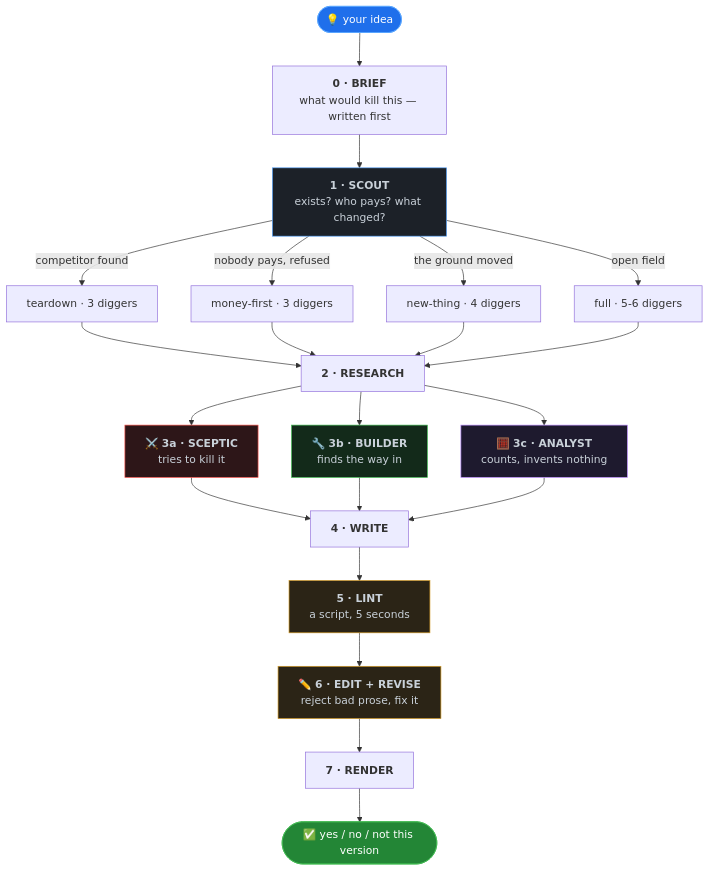
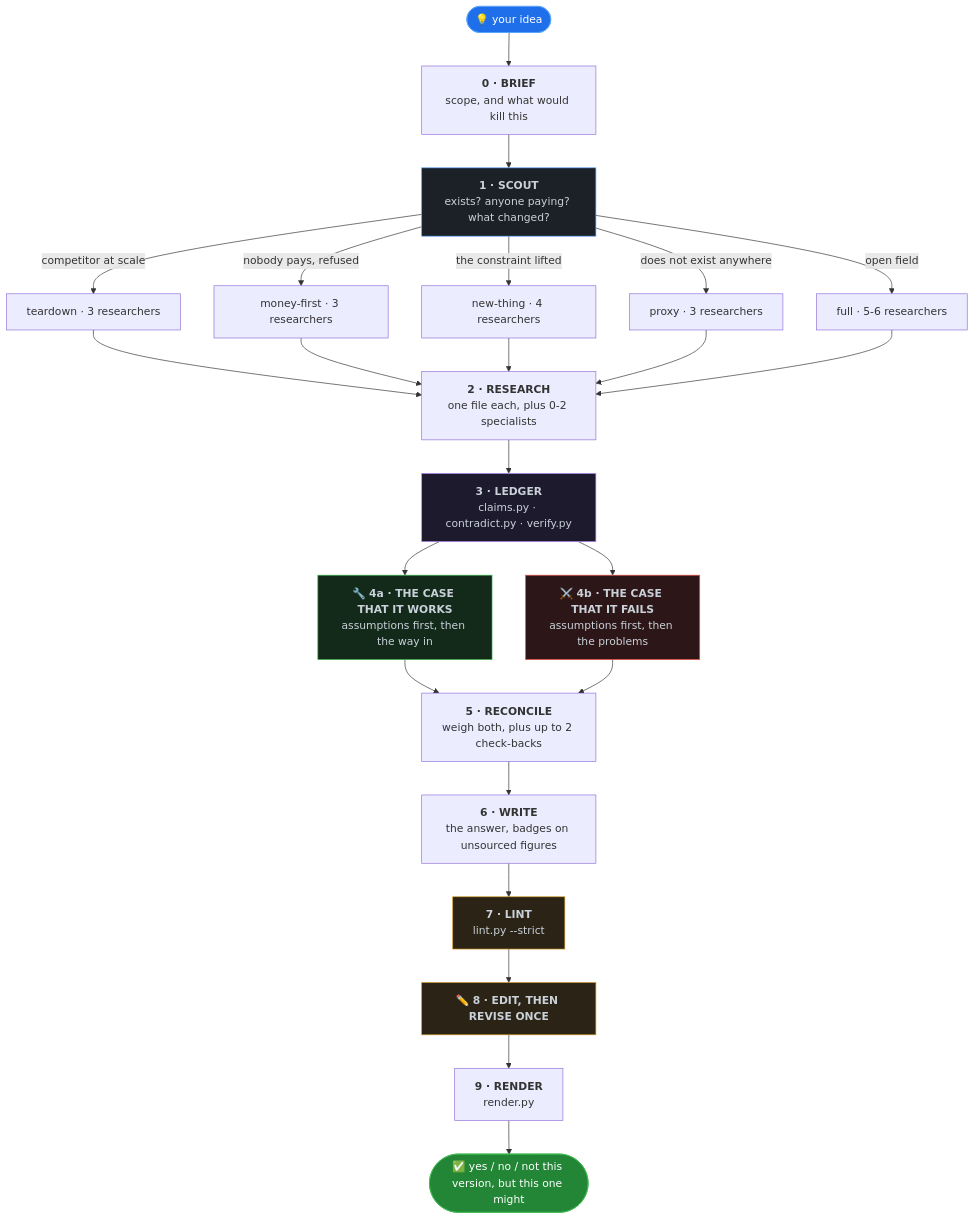
Before and after one commit to rishabhrawat35/idea-research: the diagram in README.md, drawn with Mermaid. The commit also changed other lines of this file and 15 other files, not shown here.

````diff
--- a/README.md
+++ b/README.md
@@ -71,32 +103,34 @@
 ```mermaid
 flowchart TD
-    A([💡 your idea]) --> B["<b>0 · BRIEF</b><br/>what would kill this — written first"]
-    B --> C["<b>1 · SCOUT</b><br/>exists? who pays? what changed?"]
-    C -->|competitor found| D1[teardown · 3 diggers]
-    C -->|nobody pays, refused| D2[money-first · 3 diggers]
-    C -->|the ground moved| D3[new-thing · 4 diggers]
-    C -->|open field| D4[full · 5-6 diggers]
-    D1 --> E[<b>2 · RESEARCH</b>]
+    A([💡 your idea]) --> B["<b>0 · BRIEF</b><br/>scope, and what would kill this"]
+    B --> C["<b>1 · SCOUT</b><br/>exists? anyone paying? what changed?"]
+    C -->|competitor at scale| D1[teardown · 3 researchers]
+    C -->|nobody pays, refused| D2[money-first · 3 researchers]
+    C -->|the constraint lifted| D3[new-thing · 4 researchers]
+    C -->|does not exist anywhere| D4[proxy · 3 researchers]
+    C -->|open field| D5[full · 5-6 researchers]
+    D1 --> E["<b>2 · RESEARCH</b><br/>one file each, plus 0-2 specialists"]
     D2 --> E
     D3 --> E
     D4 --> E
-    E --> F1["⚔️ <b>3a · SCEPTIC</b><br/>tries to kill it"]
-    E --> F2["🔧 <b>3b · BUILDER</b><br/>finds the way in"]
-    E --> F3["🧮 <b>3c · ANALYST</b><br/>counts, invents nothing"]
-    F1 --> G["<b>4 · WRITE</b>"]
-    F2 --> G
-    F3 --> G
-    G --> H["<b>5 · LINT</b><br/>a script, 5 seconds"]
-    H --> I["✏️ <b>6 · EDIT + REVISE</b><br/>reject bad prose, fix it"]
-    I --> J["<b>7 · RENDER</b>"]
-    J --> K([✅ yes / no / not this version])
+    D5 --> E
+    E --> L["<b>3 · LEDGER</b><br/>claims.py · contradict.py · verify.py"]
+    L --> F1["🔧 <b>4a · THE CASE THAT IT WORKS</b><br/>assumptions first, then the way in"]
+    L --> F2["⚔️ <b>4b · THE CASE THAT IT FAILS</b><br/>assumptions first, then the problems"]
+    F1 --> R["<b>5 · RECONCILE</b><br/>weigh both, plus up to 2 check-backs"]
+    F2 --> R
+    R --> W["<b>6 · WRITE</b><br/>the answer, badges on unsourced figures"]
+    W --> LT["<b>7 · LINT</b><br/>lint.py --strict"]
+    LT --> ED["✏️ <b>8 · EDIT, THEN REVISE ONCE</b>"]
+    ED --> RD["<b>9 · RENDER</b><br/>render.py"]
+    RD --> K([✅ yes / no / not this version, but this one might])
 
     style A fill:#1f6feb,stroke:#58a6ff,color:#fff
     style K fill:#238636,stroke:#3fb950,color:#fff
     style C fill:#1c2128,stroke:#58a6ff,color:#c9d1d9
-    style F1 fill:#2d1618,stroke:#f85149,color:#c9d1d9
-    style F2 fill:#132a1a,stroke:#3fb950,color:#c9d1d9
-    style F3 fill:#1e1a2e,stroke:#bc8cff,color:#c9d1d9
-    style H fill:#2b2416,stroke:#d29922,color:#c9d1d9
-    style I fill:#2b2416,stroke:#d29922,color:#c9d1d9
+    style L fill:#1e1a2e,stroke:#bc8cff,color:#c9d1d9
+    style F1 fill:#132a1a,stroke:#3fb950,color:#c9d1d9
+    style F2 fill:#2d1618,stroke:#f85149,color:#c9d1d9
+    style LT fill:#2b2416,stroke:#d29922,color:#c9d1d9
+    style ED fill:#2b2416,stroke:#d29922,color:#c9d1d9
 ```
````
